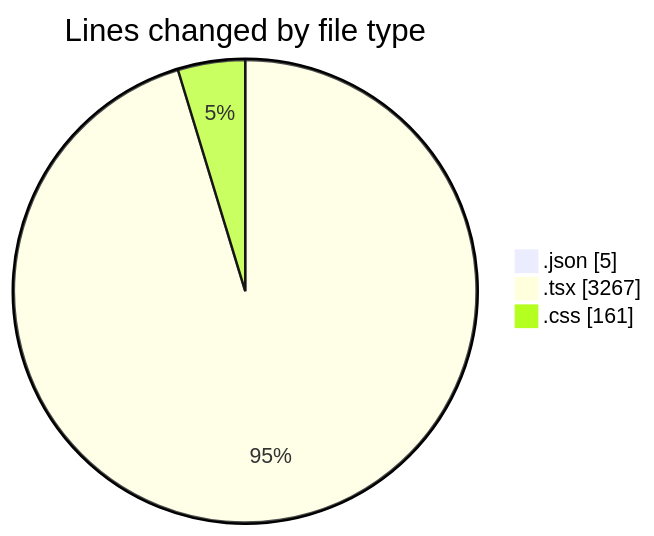
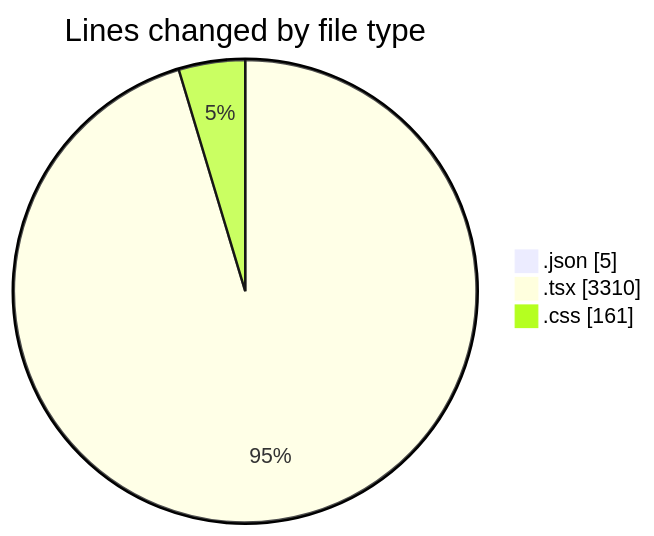
One commit to Elitesun/code-tracking changed the first of 2 diagrams in 2025-05-29/advertise/README.md. Above: the diagram before and after it, drawn with Mermaid. The commit also changed other lines of this file and 1 other file, not shown here.

````diff
--- a/2025-05-29/advertise/README.md
+++ b/2025-05-29/advertise/README.md
@@ -30,7 +30,7 @@
 ```mermaid
 pie showData
 title Lines changed by file type
 ".json" : 5
-".tsx" : 3267
+".tsx" : 3310
 ".css" : 161
 ```
````
